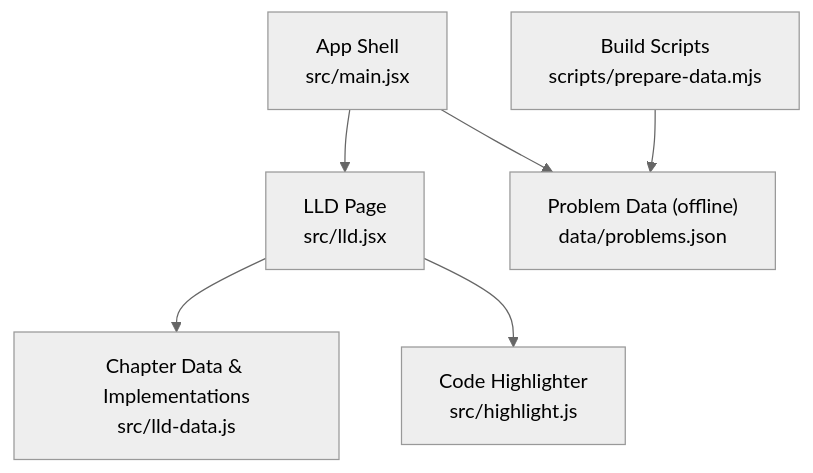
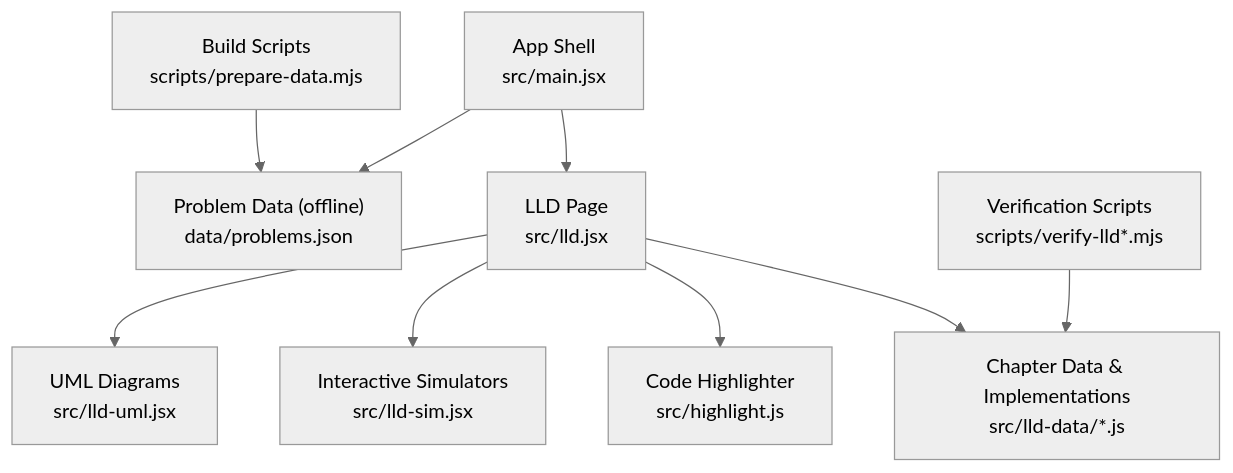
One commit to iamrituraj/DSA-Tracker changed the first of 4 diagrams in .qoder/repowiki/en/content/Frontend Application/LLD Lab Component.md. Above: the diagram before and after it, drawn with Mermaid (neutral theme). The commit also changed other lines of this file and 22 other files, not shown here.

Commit message:
Fix production problem data loading

````diff
--- a/.qoder/repowiki/en/content/Frontend Application/LLD Lab Component.md
+++ b/.qoder/repowiki/en/content/Frontend Application/LLD Lab Component.md
@@ -38,8 +58,11 @@
 ```mermaid
 graph TB
 A["App Shell<br/>src/main.jsx"] --> B["LLD Page<br/>src/lld.jsx"]
-B --> C["Chapter Data & Implementations<br/>src/lld-data.js"]
+B --> C["Chapter Data & Implementations<br/>src/lld-data/*.js"]
 B --> D["Code Highlighter<br/>src/highlight.js"]
-A --> E["Problem Data (offline)<br/>data/problems.json"]
-F["Build Scripts<br/>scripts/prepare-data.mjs"] --> E
+B --> E["Interactive Simulators<br/>src/lld-sim.jsx"]
+B --> F["UML Diagrams<br/>src/lld-uml.jsx"]
+A --> G["Problem Data (offline)<br/>data/problems.json"]
+H["Build Scripts<br/>scripts/prepare-data.mjs"] --> G
+I["Verification Scripts<br/>scripts/verify-lld*.mjs"] --> C
 ```
````
